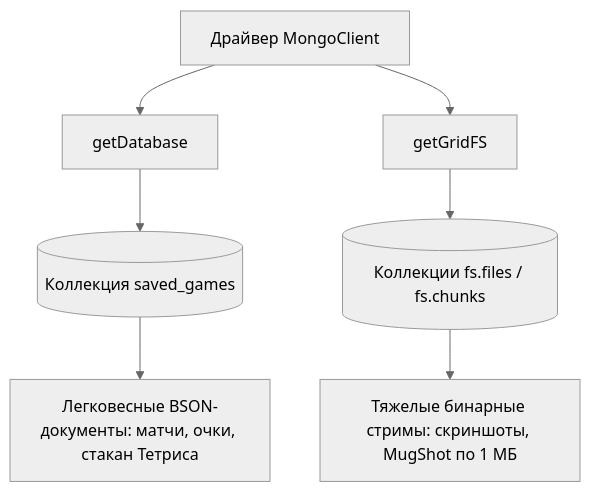
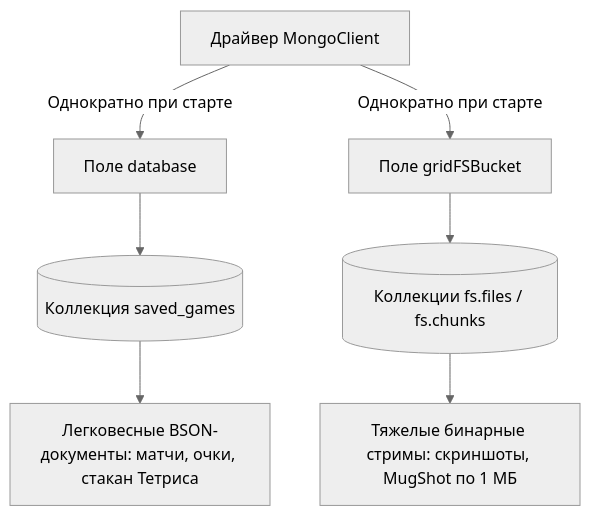
Before and after one commit to tarassov12346/Mongo-microservice: the diagram in README.md, drawn with Mermaid (neutral theme). The commit also changed other lines of this file, not shown here.

````diff
--- a/README.md
+++ b/README.md
@@ -36,9 +36,9 @@
 ```mermaid
 graph TD
-    A[Драйвер MongoClient] --> B[getDatabase]
-    A --> C[getGridFS]
+    A[Драйвер MongoClient] -->|Однократно при старте| B[Поле database]
+    A -->|Однократно при старте| C[Поле gridFSBucket]
     B --> D[(Коллекция saved_games)]
     C --> E[(Коллекции fs.files / fs.chunks)]
     D --> F[Легковесные BSON-документы: матчи, очки, стакан Тетриса]
     E --> G[Тяжелые бинарные стримы: скриншоты, MugShot по 1 МБ]
 ```
````
